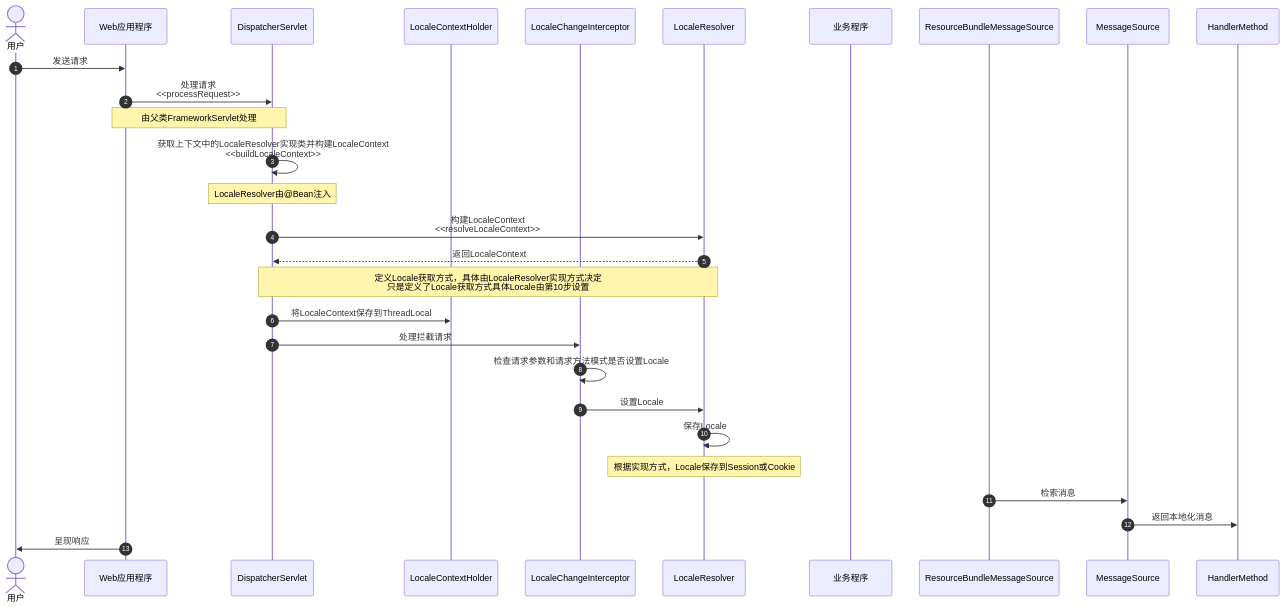
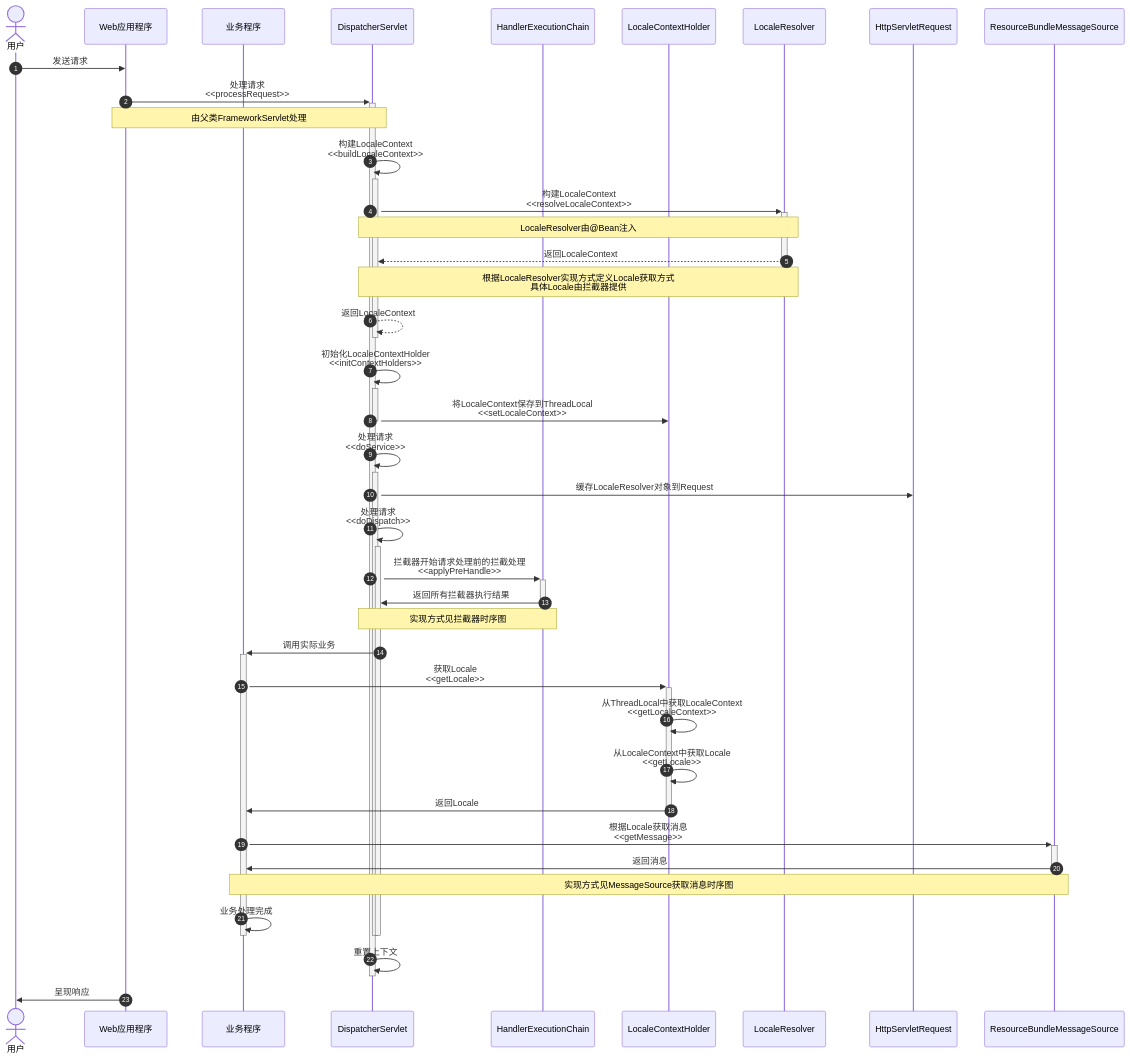
The first of 3 diagrams in docs/md/java/base/plugin/i18n.md (ying010/ying010.github.io), drawn with Mermaid before and after one commit. The commit also changed other lines of this file, not shown here.

Commit message:
增加时序图

````diff
--- a/docs/md/java/base/plugin/i18n.md
+++ b/docs/md/java/base/plugin/i18n.md
@@ -192,31 +192,45 @@
 ```mermaid
 sequenceDiagram
 	autonumber
   Actor User as 用户
   Participant Application as Web应用程序
+  Participant Service as 业务程序
   Participant DispatcherServlet
+	Participant HandlerExecutionChain
   Participant LocaleContextHolder
-  Participant LocaleChangeInterceptor
   Participant LocaleResolver
-  Participant Service as 业务程序
-  Participant ResourceBundleMessageSource
-  Participant MessageSource
+  Participant request as HttpServletRequest
+  Participant MessageSource as ResourceBundleMessageSource
 
-  User->>Application: 发送请求
-  Application ->> DispatcherServlet: 处理请求 <br/> <<processRequest>>
+  User ->> Application: 发送请求
+  Application ->> +DispatcherServlet: 处理请求 <br/> <<processRequest>>
   note over Application,DispatcherServlet: 由父类FrameworkServlet处理
-  DispatcherServlet ->> DispatcherServlet: 获取上下文中的LocaleResolver实现类并构建LocaleContext <br/> <<buildLocaleContext>>
-  note over DispatcherServlet: LocaleResolver由@Bean注入
-  DispatcherServlet ->> LocaleResolver: 构建LocaleContext <br/> <<resolveLocaleContext>>
-  LocaleResolver -->> DispatcherServlet: 返回LocaleContext
-  note over LocaleResolver,DispatcherServlet: 定义Locale获取方式，具体由LocaleResolver实现方式决定<br/>只是定义了Locale获取方式具体Locale由第10步设置
-  DispatcherServlet ->> LocaleContextHolder: 将LocaleContext保存到ThreadLocal
-  DispatcherServlet ->> LocaleChangeInterceptor: 处理拦截请求
-  LocaleChangeInterceptor->>LocaleChangeInterceptor: 检查请求参数和请求方法模式是否设置Locale
-  LocaleChangeInterceptor->>LocaleResolver: 设置Locale
-  LocaleResolver->>LocaleResolver: 保存Locale
-  note over LocaleResolver: 根据实现方式，Locale保存到Session或Cookie
-  ResourceBundleMessageSource->>MessageSource: 检索消息
-  MessageSource->>HandlerMethod: 返回本地化消息
+  DispatcherServlet ->> +DispatcherServlet: 构建LocaleContext <br/> <<buildLocaleContext>>
+  DispatcherServlet ->> +LocaleResolver: 构建LocaleContext <br/> <<resolveLocaleContext>>
+  note over DispatcherServlet, LocaleResolver: LocaleResolver由@Bean注入
+  LocaleResolver -->> -DispatcherServlet: 返回LocaleContext
+  note over LocaleResolver,DispatcherServlet: 根据LocaleResolver实现方式定义Locale获取方式<br/>具体Locale由拦截器提供
+  DispatcherServlet -->> -DispatcherServlet: 返回LocaleContext
+  DispatcherServlet ->> +DispatcherServlet: 初始化LocaleContextHolder<br/> <<initContextHolders>>
+  DispatcherServlet ->> LocaleContextHolder: 将LocaleContext保存到ThreadLocal <br/> <<setLocaleContext>>
+  deactivate DispatcherServlet
+  DispatcherServlet ->> +DispatcherServlet: 处理请求 <br/> <<doService>>
+  DispatcherServlet ->> request: 缓存LocaleResolver对象到Request
+  DispatcherServlet ->> +DispatcherServlet: 处理请求 <br/> <<doDispatch>>
+  DispatcherServlet ->> +HandlerExecutionChain: 拦截器开始请求处理前的拦截处理 <br/> <<applyPreHandle>>
+  HandlerExecutionChain ->> -DispatcherServlet: 返回所有拦截器执行结果
+  note over HandlerExecutionChain, DispatcherServlet: 实现方式见拦截器时序图
+  DispatcherServlet ->> +Service: 调用实际业务
+  Service ->> +LocaleContextHolder: 获取Locale <br/> <<getLocale>>
+  LocaleContextHolder ->> LocaleContextHolder: 从ThreadLocal中获取LocaleContext <br/> <<getLocaleContext>>
+  LocaleContextHolder ->> LocaleContextHolder: 从LocaleContext中获取Locale <br/> <<getLocale>>
+  LocaleContextHolder ->> -Service: 返回Locale
+  Service ->> +MessageSource: 根据Locale获取消息 <br/> <<getMessage>>
+  MessageSource ->> -Service: 返回消息
+  note over MessageSource, Service: 实现方式见MessageSource获取消息时序图
+  Service ->> -Service: 业务处理完成
+  deactivate DispatcherServlet
+  deactivate DispatcherServlet
+  DispatcherServlet ->> -DispatcherServlet: 重置上下文
   Application->>User: 呈现响应
 ```
````
